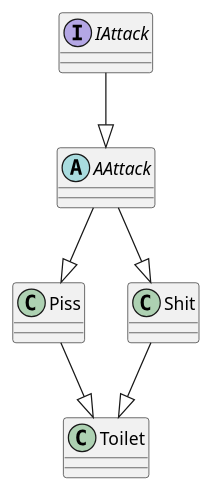
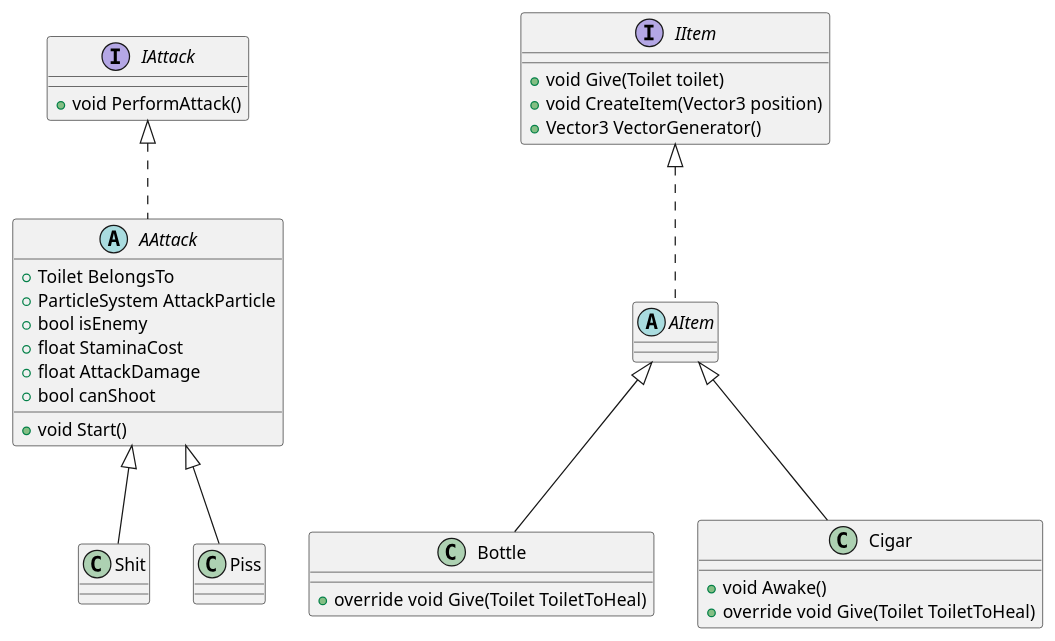
The diagram in Krav.puml (Y0S3FXD/Skibidi-Toilet-Fighter), drawn with PlantUML before and after one commit. The commit also changed 4 other files, not shown here.

```diff
--- a/Krav.puml
+++ b/Krav.puml
@@ -1,24 +1,48 @@
 @startuml
+
 interface IAttack {
-
+    +void PerformAttack()
 }
 
 abstract class AAttack {
-}
-
-class Piss {
-
+    +Toilet BelongsTo
+    +ParticleSystem AttackParticle
+    +bool isEnemy
+    +float StaminaCost
+    +float AttackDamage
+    +bool canShoot
+    +void Start()
 }
 
 class Shit {
 }
 
-class Toilet {
+class Piss {
 }
 
-IAttack --|> AAttack
-AAttack --|>  Piss
-AAttack --|>  Shit
-Piss --|> Toilet
-Shit --|> Toilet
+interface IItem {
+    +void Give(Toilet toilet)
+    +void CreateItem(Vector3 position)
+    +Vector3 VectorGenerator()
+}
+
+abstract class AItem {
+}
+
+class Bottle {
+    +override void Give(Toilet ToiletToHeal)
+}
+
+class Cigar {
+    +void Awake()
+    +override void Give(Toilet ToiletToHeal)
+}
+
+IAttack <|.. AAttack
+AAttack <|-- Shit
+AAttack <|-- Piss
+IItem <|.. AItem
+AItem <|-- Bottle
+AItem <|-- Cigar
+
 @enduml
```
